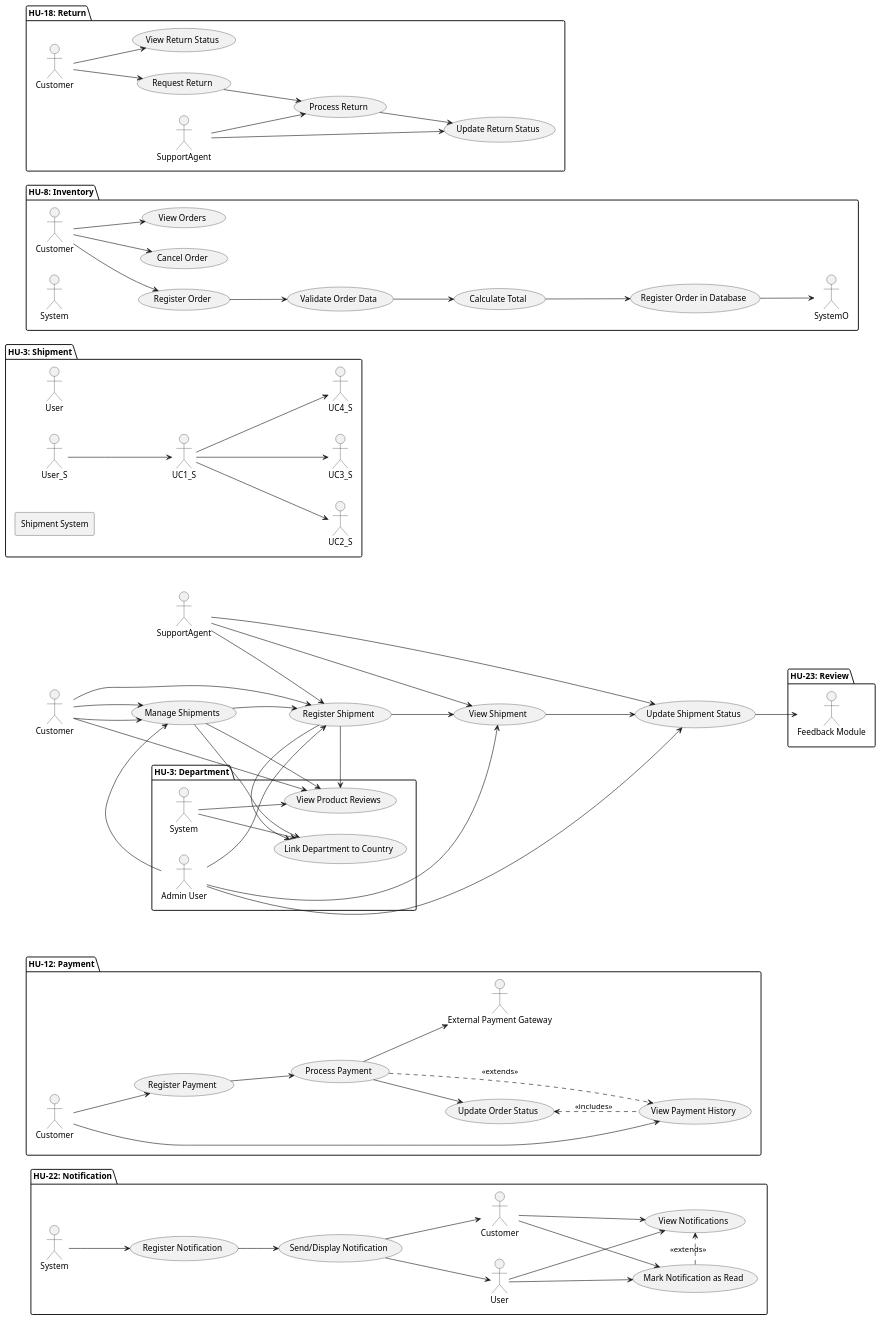
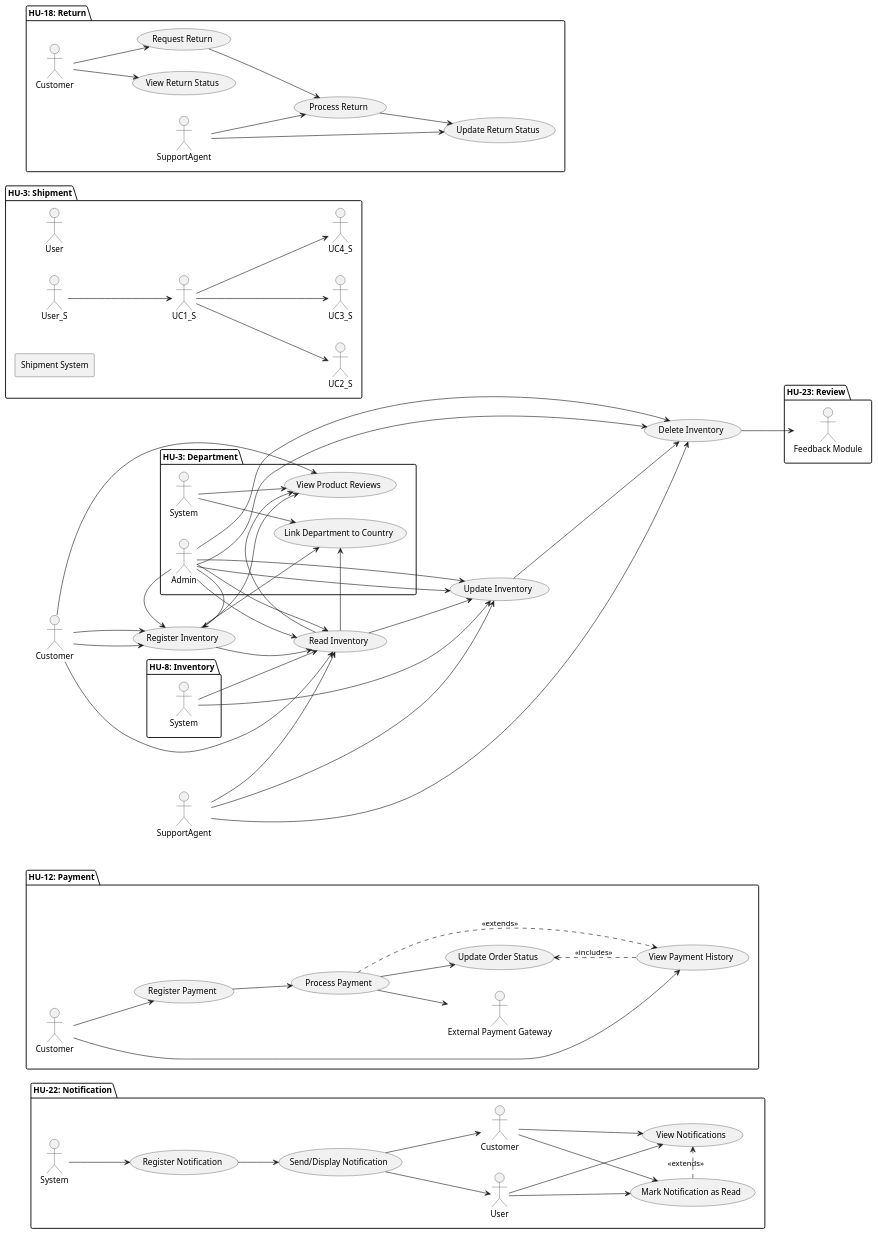
One commit to code-sena/laboratory-2899747 changed the diagram in document/architecture/usecase.wsd. Above: the diagram before and after it, drawn with PlantUML.

Commit message:
feat(inventory): add database schema, class diagram and use case diagram

```diff
--- a/document/architecture/usecase.wsd
+++ b/document/architecture/usecase.wsd
@@ -1,179 +1,176 @@
 @startuml
 actor Customer
 actor SupportAgent
 
 usecase "Register Support Ticket" as UC1
 usecase "View Support Ticket" as UC2
 usecase "Update Support Ticket" as UC3
 usecase "Close Support Ticket" as UC4
 
 Customer --> UC1
 Customer --> UC2
 SupportAgent --> UC2
 SupportAgent --> UC3
 SupportAgent --> UC4
 left to right direction
 
 package "HU-3: Department" {
 
   'Actors
   actor "Admin User" as Admin
   actor "System" as System
 
   'Use Cases
   usecase "Register Department" as UC1
   usecase "Update Department" as UC2
   usecase "Deactivate Department" as UC3
   usecase "View Departments" as UC4
   usecase "Validate Uniqueness & Format" as UC5
   usecase "Link Department to Country" as UC6
 
   'Relationships
   Admin --> UC1
   Admin --> UC2
   Admin --> UC3
   Admin --> UC4
 
   UC1 --> UC5
   UC1 --> UC6
 
   UC2 --> UC5
   UC2 --> UC6
 
   System --> UC5
   System --> UC6
 }
 
 package "HU-22: Notification" {
 
   'Actors'
   actor "System" as SystemN
   actor "User" as UserN
   actor "Customer" as CustomerN
 
   'Use Cases'
   usecase "Register Notification" as UCN1
   usecase "Send/Display Notification" as UCN2
   usecase "Mark Notification as Read" as UCN3
   usecase "View Notifications" as UCN4
 
   'Relationships'
   SystemN --> UCN1
   UCN1 --> UCN2
   UCN2 --> UserN
   UCN2 --> CustomerN
 
   UserN --> UCN3
   CustomerN --> UCN3
 
   UserN --> UCN4
   CustomerN --> UCN4
 
   UCN3 .> UCN4 : <<extends>>
 }
 
 package "HU-12: Payment" {
 
   'Actors'
   actor "Customer" as CustomerP
   actor "External Payment Gateway" as PaymentGatewayP
 
   'Use Cases'
   usecase "Register Payment" as UCP1
   usecase "Process Payment" as UCP2
   usecase "Update Order Status" as UCP3
   usecase "View Payment History" as UCP4
 
   'Relationships'
   CustomerP --> UCP1
   CustomerP --> UCP4
 
   UCP1 --> UCP2
   UCP2 --> PaymentGatewayP
   UCP2 .> UCP4 : <<extends>>
   UCP3 <.. UCP4 : <<includes>>
 
   UCP2 --> UCP3
 }
 
 package "HU-23: Review" {
 
   'Actors'
   actor "Customer" as Customer
   actor "Feedback Module" as FeedbackModule
 
   'Use Cases'
   usecase "Create Review" as UC1
   usecase "Validate Review Fields" as UC2
   usecase "Register Review in Database" as UC3
   usecase "Integrate with Feedback" as UC4
   usecase "View Product Reviews" as UC5
 
   'Relationships'
   Customer --> UC1
   UC1 --> UC2
   UC2 --> UC3
   UC3 --> UC4
   UC4 --> FeedbackModule
   Customer --> UC5
 }
 
 package "HU-3: Shipment" {
   actor User as user
 
   rectangle "Shipment System" {
     usecase "Manage Shipments" as UC1
     usecase "Register Shipment" as UC2
     usecase "View Shipment" as UC3
     usecase "Update Shipment Status" as UC4
   }
 
   User_S --> UC1_S
   UC1_S --> UC2_S
   UC1_S --> UC3_S
   UC1_S --> UC4_S
 }
 
 package "HU-8: Inventory" {
 
-  ' Actores
-  actor "Customer" as Customer_O
-  actor "System" as System_O
+    'Actors
+    actor "Admin" as Admin
+    actor "System" as Sys
 
-  ' Casos de Uso
-  usecase "Register Order" as UCO1
-  usecase "Validate Order Data" as UCO2
-  usecase "Calculate Total" as UCO3
-  usecase "Register Order in Database" as UCO4
-  usecase "Cancel Order" as UCO5
-  usecase "View Orders" as UCO6
+    'Use Cases
+    usecase "Register Inventory" as UC1
+    usecase "Read Inventory" as UC2
+    usecase "Update Inventory" as UC3
+    usecase "Delete Inventory" as UC4
 
-  ' Relaciones
-  Customer_O --> UCO1
-  Customer_O --> UCO5
-  Customer_O --> UCO6
+    'Relations
+    Admin --> UC1
+    Admin --> UC2
+    Admin --> UC3
+    Admin --> UC4
 
-  UCO1 --> UCO2
-  UCO2 --> UCO3
-  UCO3 --> UCO4
-  UCO4 --> SystemO
-}
+    Sys --> UC2
+    Sys --> UC3
+  }
 
 package "HU-18: Return" {
   actor "Customer" as CustomerR
   actor "SupportAgent" as SupportAgentR
 
   usecase "Request Return" as UCR1
   usecase "View Return Status" as UCR2
   usecase "Process Return" as UCR3
   usecase "Update Return Status" as UCR4
 
   CustomerR --> UCR1
   CustomerR --> UCR2
   SupportAgentR --> UCR3
   SupportAgentR --> UCR4
   UCR1 --> UCR3
   UCR3 --> UCR4
 }
 
 @enduml
```
